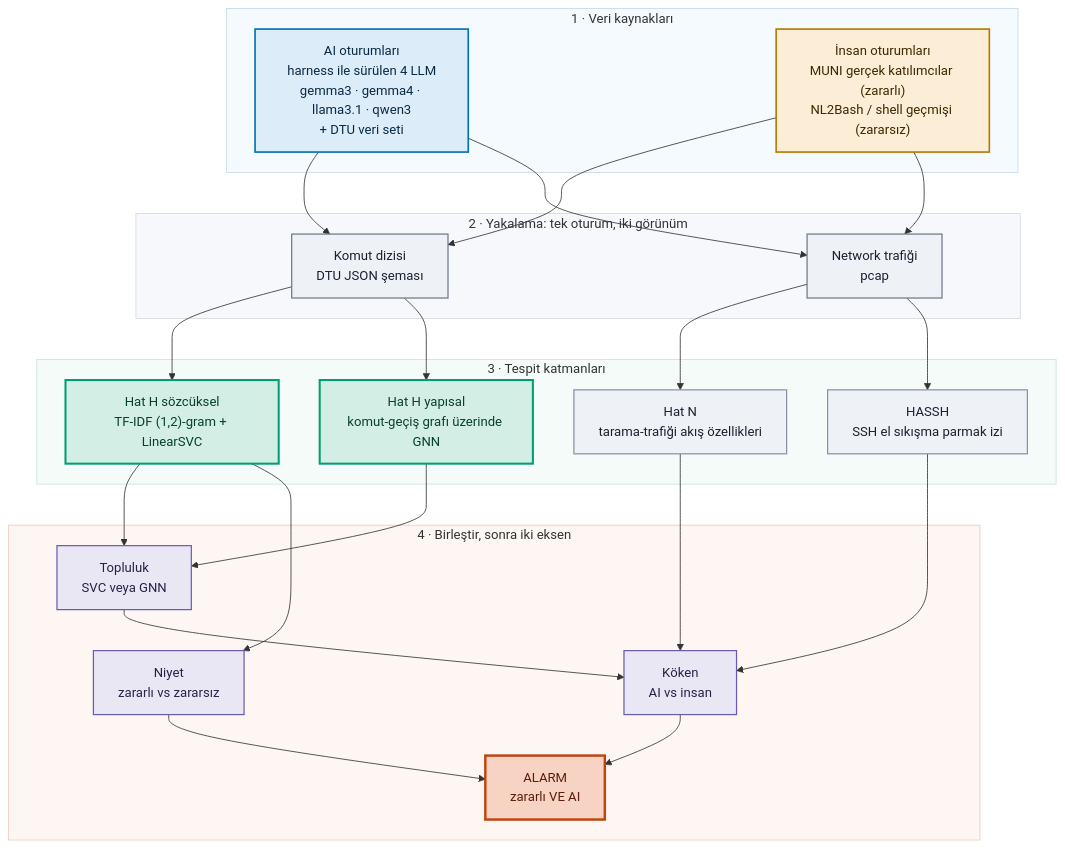
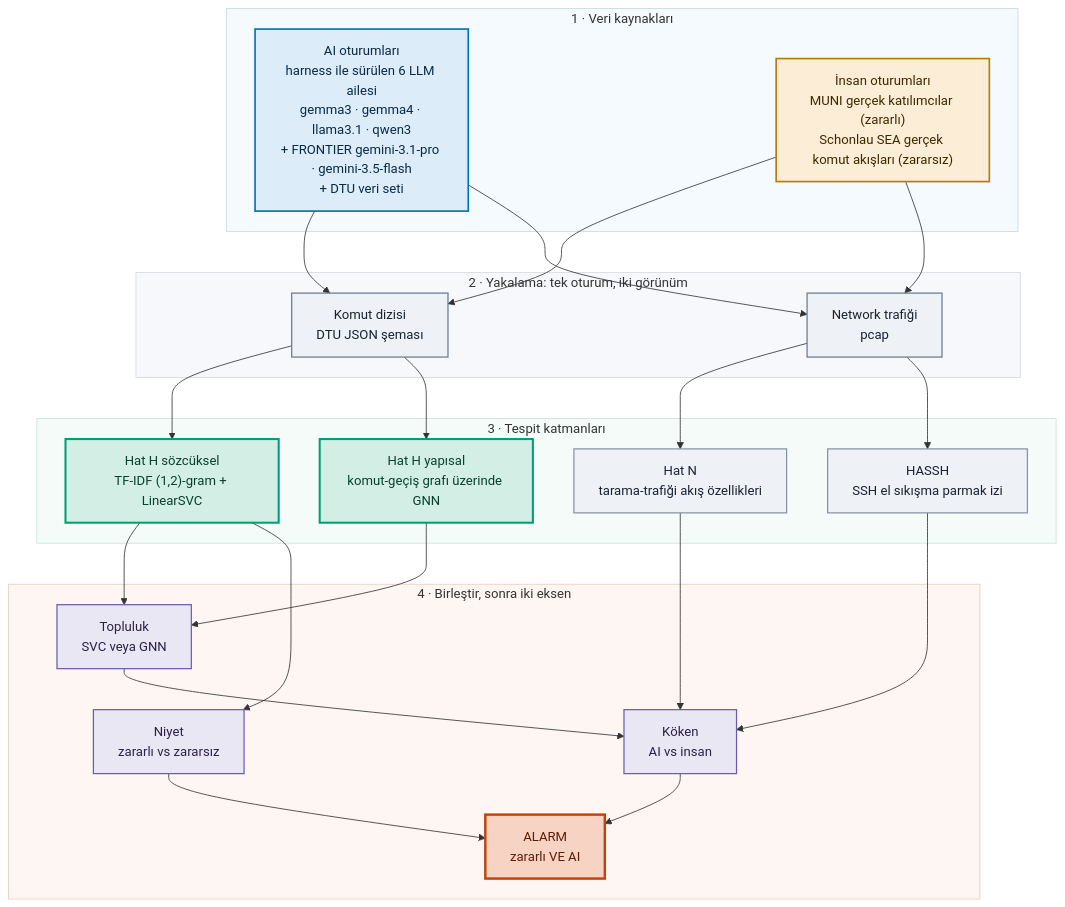
One commit to HawkPhantom/AI-Attack-IDS changed the second of 2 diagrams in README.md. Above: the diagram before and after it, drawn with Mermaid. The commit also changed other lines of this file and 10 other files, not shown here.

````diff
--- a/README.md
+++ b/README.md
@@ -314,58 +377,58 @@
 ```mermaid
 flowchart TB
     subgraph S1["1 · Veri kaynakları"]
-        AI["AI oturumları<br/>harness ile sürülen 4 LLM<br/>gemma3 · gemma4 · llama3.1 · qwen3<br/>+ DTU veri seti"]
-        HUM["İnsan oturumları<br/>MUNI gerçek katılımcılar (zararlı)<br/>NL2Bash / shell geçmişi (zararsız)"]
+        AI["AI oturumları<br/>harness ile sürülen 6 LLM ailesi<br/>gemma3 · gemma4 · llama3.1 · qwen3<br/>+ FRONTIER gemini-3.1-pro · gemini-3.5-flash<br/>+ DTU veri seti"]
+        HUM["İnsan oturumları<br/>MUNI gerçek katılımcılar (zararlı)<br/>Schonlau SEA gerçek komut akışları (zararsız)"]
     end
     subgraph S2["2 · Yakalama: tek oturum, iki görünüm"]
         CMD["Komut dizisi<br/>DTU JSON şeması"]
         PCAP["Network trafiği<br/>pcap"]
     end
     subgraph S3["3 · Tespit katmanları"]
         HSVC["Hat H sözcüksel<br/>TF-IDF (1,2)-gram + LinearSVC"]
         HGNN["Hat H yapısal<br/>komut-geçiş grafı üzerinde GNN"]
         N["Hat N<br/>tarama-trafiği akış özellikleri"]
         HS["HASSH<br/>SSH el sıkışma parmak izi"]
     end
     subgraph S4["4 · Birleştir, sonra iki eksen"]
         ENS["Topluluk<br/>SVC veya GNN"]
         ORIG["Köken<br/>AI vs insan"]
         INT["Niyet<br/>zararlı vs zararsız"]
         AL["ALARM<br/>zararlı VE AI"]
     end
     AI --> CMD
     AI --> PCAP
     HUM --> CMD
     HUM --> PCAP
     CMD --> HSVC
     CMD --> HGNN
     PCAP --> N
     PCAP --> HS
     HSVC --> ENS
     HGNN --> ENS
     ENS --> ORIG
     HSVC --> INT
     N --> ORIG
     HS --> ORIG
     ORIG --> AL
     INT --> AL
 
     classDef ai fill:#dcecf9,stroke:#0072B2,stroke-width:2px,color:#0a2a45
     classDef human fill:#fbedd6,stroke:#b87a00,stroke-width:2px,color:#3d2900
     classDef cap fill:#eef1f6,stroke:#6b7889,stroke-width:1.5px,color:#1a2230
     classDef main fill:#d3efe5,stroke:#009E73,stroke-width:2.5px,color:#08402e
     classDef det fill:#eef1f6,stroke:#8792a3,stroke-width:1.5px,color:#1a2230
     classDef axis fill:#eae7f5,stroke:#6a5cb0,stroke-width:1.5px,color:#2a2145
     classDef alarm fill:#f7d3c4,stroke:#c1440e,stroke-width:3px,color:#5c1e08
     class AI ai
     class HUM human
     class CMD,PCAP cap
     class HSVC,HGNN main
     class N,HS det
     class ENS,ORIG,INT axis
     class AL alarm
     style S1 fill:#f5faff,stroke:#c5d9e8
     style S2 fill:#f7f8fb,stroke:#d4dae2
     style S3 fill:#f4fbf8,stroke:#c9e5da
     style S4 fill:#fdf6f3,stroke:#eccbbf
 ```
````
